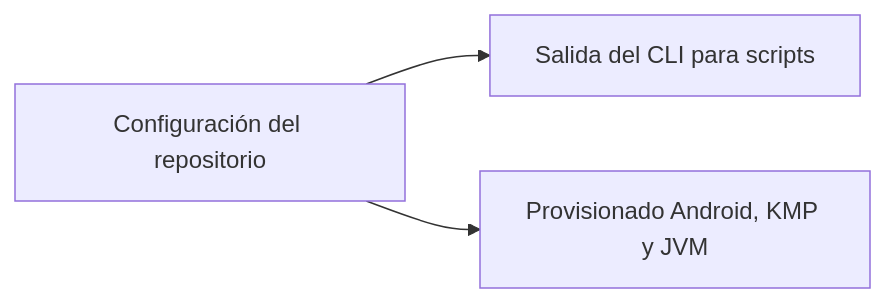
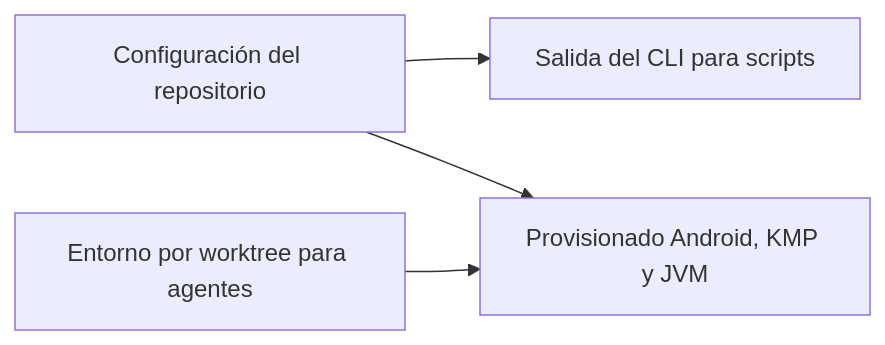
The diagram in docs/roadmap.es.md (LuxionServer/ShogunAi), drawn with Mermaid before and after one commit. The commit also changed other lines of this file and 57 other files, not shown here.

````diff
--- a/docs/roadmap.es.md
+++ b/docs/roadmap.es.md
@@ -17,5 +17,6 @@
 ```mermaid
 graph LR
     A["Configuración del repositorio"] --> B["Salida del CLI para scripts"]
     A --> D["Provisionado Android, KMP y JVM"]
+    E["Entorno por worktree para agentes"] --> D
 ```
````
